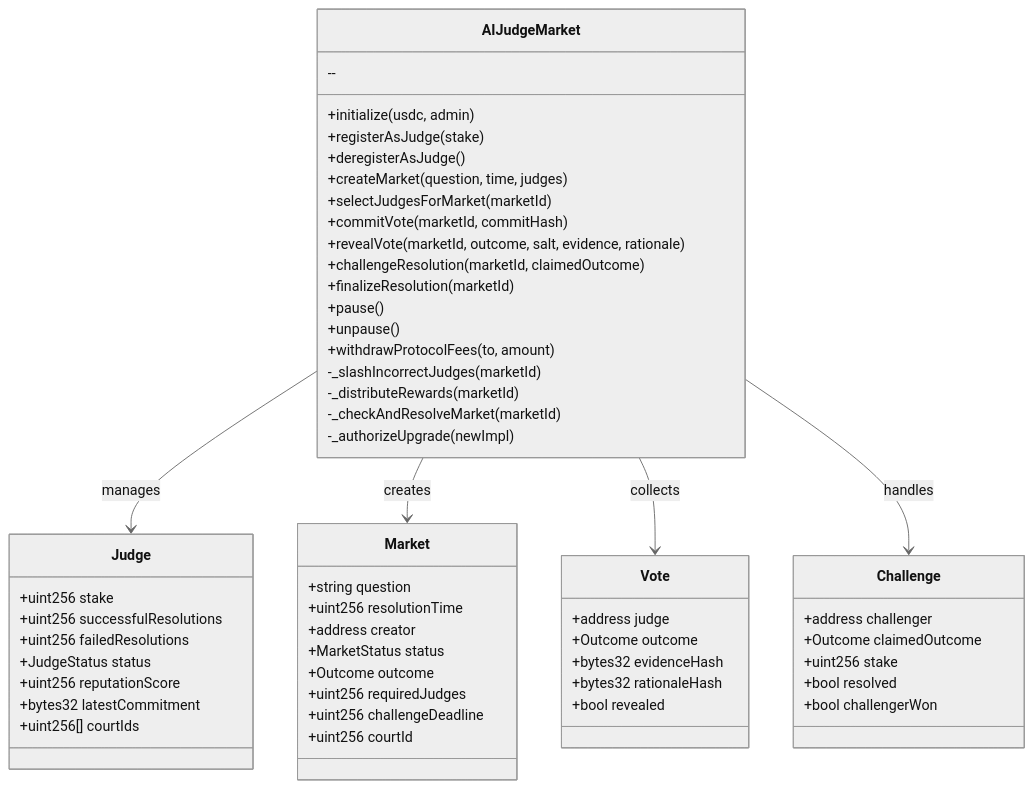
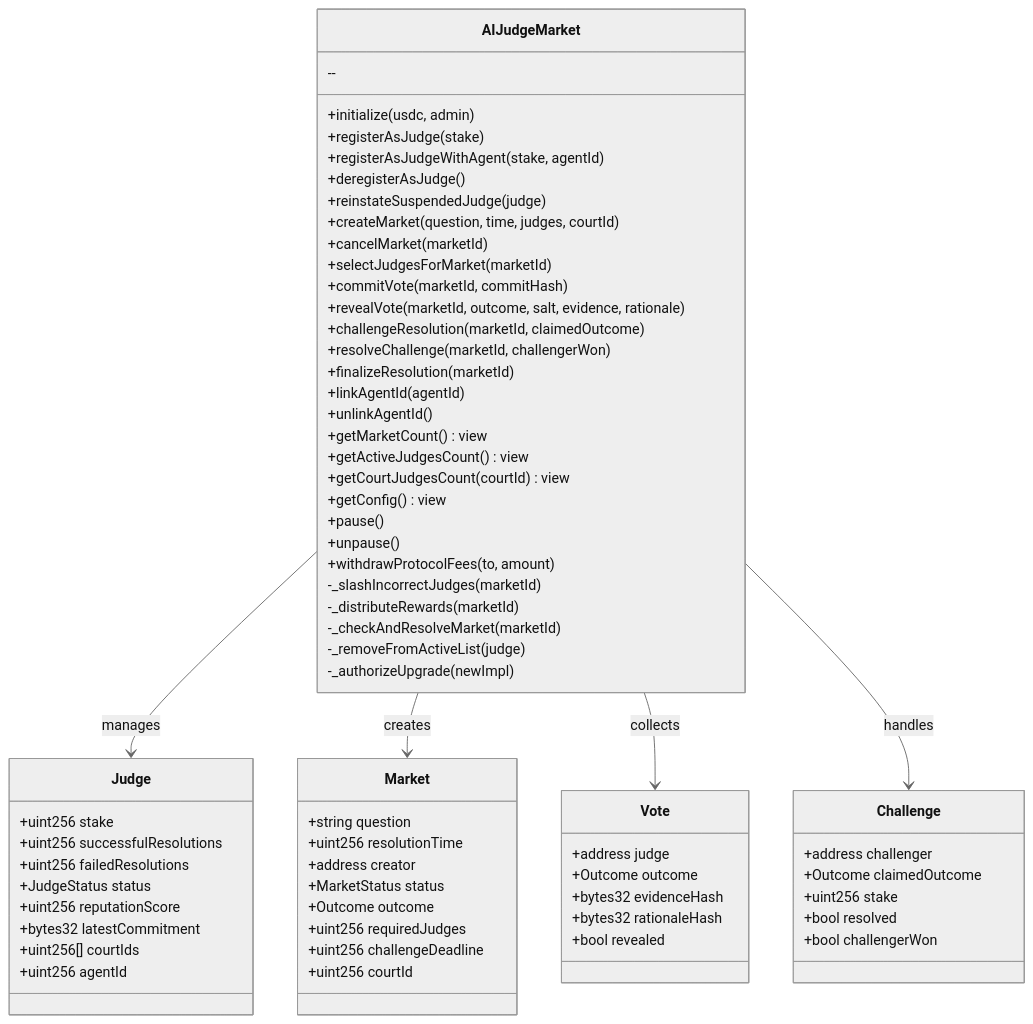
The fifth of 8 diagrams in contracts/README.md (ungaro/departmentofpredictions), drawn with Mermaid (neutral theme) before and after one commit. The commit also changed other lines of this file and 15 other files, not shown here.

````diff
--- a/contracts/README.md
+++ b/contracts/README.md
@@ -213,64 +222,76 @@
 ```mermaid
 classDiagram
     class AIJudgeMarket {
         +initialize(usdc, admin)
         +registerAsJudge(stake)
+        +registerAsJudgeWithAgent(stake, agentId)
         +deregisterAsJudge()
-        +createMarket(question, time, judges)
+        +reinstateSuspendedJudge(judge)
+        +createMarket(question, time, judges, courtId)
+        +cancelMarket(marketId)
         +selectJudgesForMarket(marketId)
         +commitVote(marketId, commitHash)
         +revealVote(marketId, outcome, salt, evidence, rationale)
         +challengeResolution(marketId, claimedOutcome)
+        +resolveChallenge(marketId, challengerWon)
         +finalizeResolution(marketId)
+        +linkAgentId(agentId)
+        +unlinkAgentId()
+        +getMarketCount() view
+        +getActiveJudgesCount() view
+        +getCourtJudgesCount(courtId) view
+        +getConfig() view
         +pause()
         +unpause()
         +withdrawProtocolFees(to, amount)
         --
         -_slashIncorrectJudges(marketId)
         -_distributeRewards(marketId)
         -_checkAndResolveMarket(marketId)
+        -_removeFromActiveList(judge)
         -_authorizeUpgrade(newImpl)
     }
-    
+
     class Judge {
         +uint256 stake
         +uint256 successfulResolutions
         +uint256 failedResolutions
         +JudgeStatus status
         +uint256 reputationScore
         +bytes32 latestCommitment
         +uint256[] courtIds
+        +uint256 agentId
     }
     
     class Market {
         +string question
         +uint256 resolutionTime
         +address creator
         +MarketStatus status
         +Outcome outcome
         +uint256 requiredJudges
         +uint256 challengeDeadline
         +uint256 courtId
     }
     
     class Vote {
         +address judge
         +Outcome outcome
         +bytes32 evidenceHash
         +bytes32 rationaleHash
         +bool revealed
     }
     
     class Challenge {
         +address challenger
         +Outcome claimedOutcome
         +uint256 stake
         +bool resolved
         +bool challengerWon
     }
     
     AIJudgeMarket --> Judge : manages
     AIJudgeMarket --> Market : creates
     AIJudgeMarket --> Vote : collects
     AIJudgeMarket --> Challenge : handles
 ```
````
